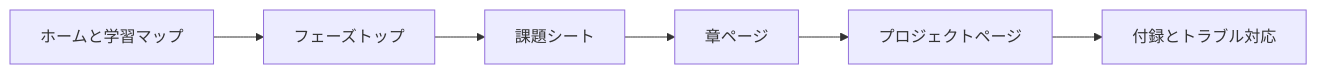
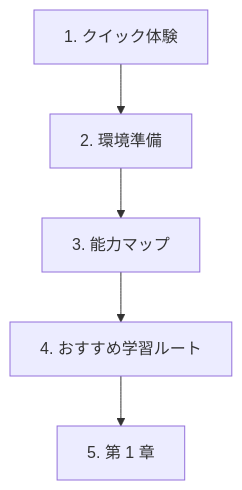
Before and after one commit to oudbiao/AI-fullstack-course: the diagram in i18n/ja/docusaurus-plugin-content-docs/current/intro/course-page-guide.md, drawn with Mermaid. The commit also changed other lines of this file and 25 other files, not shown here.

Commit message:
Simplify intro flow and merge early task sheets

````diff
--- a/i18n/ja/docusaurus-plugin-content-docs/current/intro/course-page-guide.md
+++ b/i18n/ja/docusaurus-plugin-content-docs/current/intro/course-page-guide.md
@@ -14,8 +16,7 @@
 ```mermaid
-flowchart LR
-  A["ホームと学習マップ"] --> B["フェーズトップ"]
-  B --> C["課題シート"]
-  C --> D["章ページ"]
-  D --> E["プロジェクトページ"]
-  E --> F["付録とトラブル対応"]
+flowchart TD
+  A["1. クイック体験"] --> B["2. 環境準備"]
+  B --> C["3. 能力マップ"]
+  C --> D["4. おすすめ学習ルート"]
+  D --> E["5. 第 1 章"]
 ```
````
